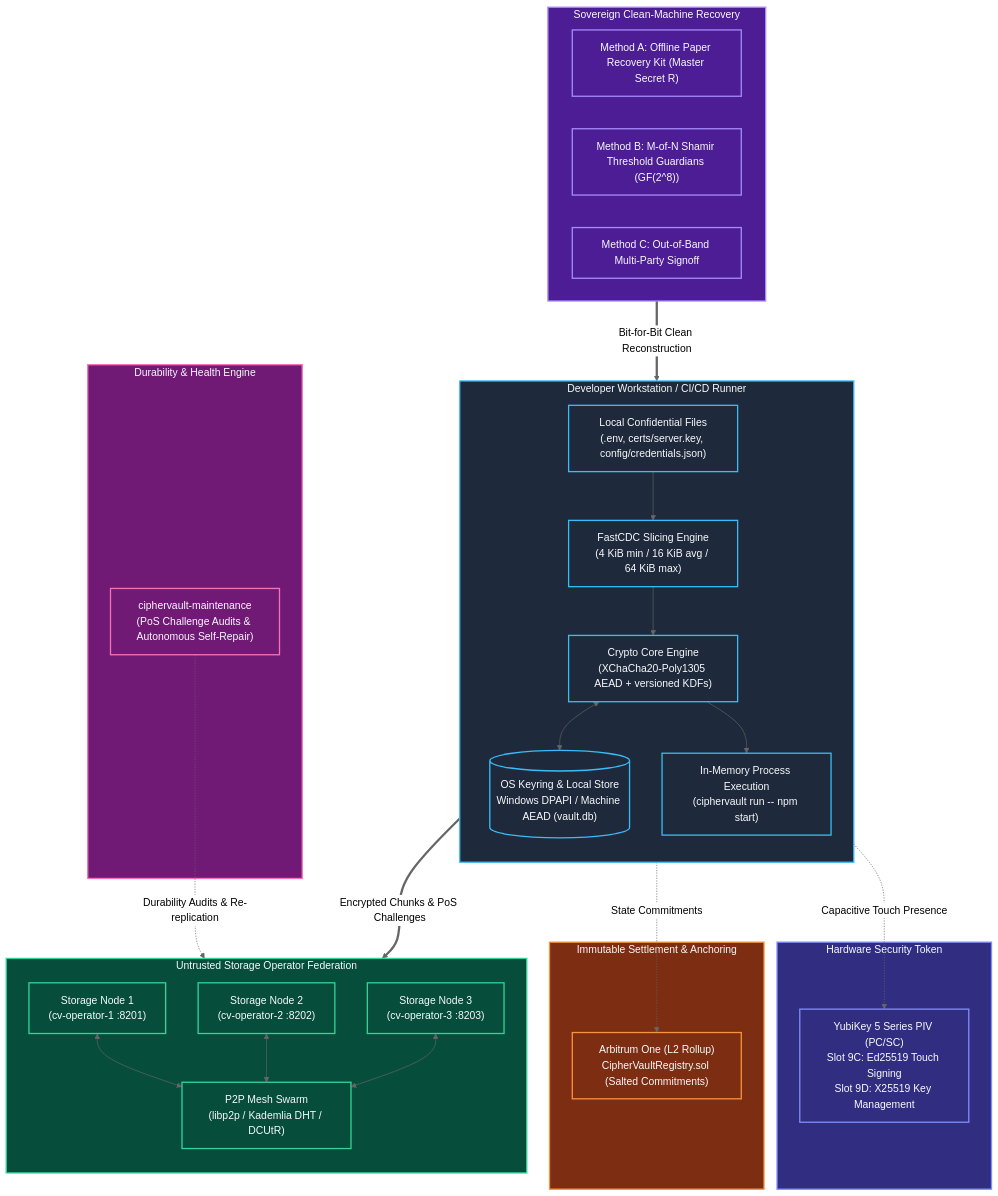
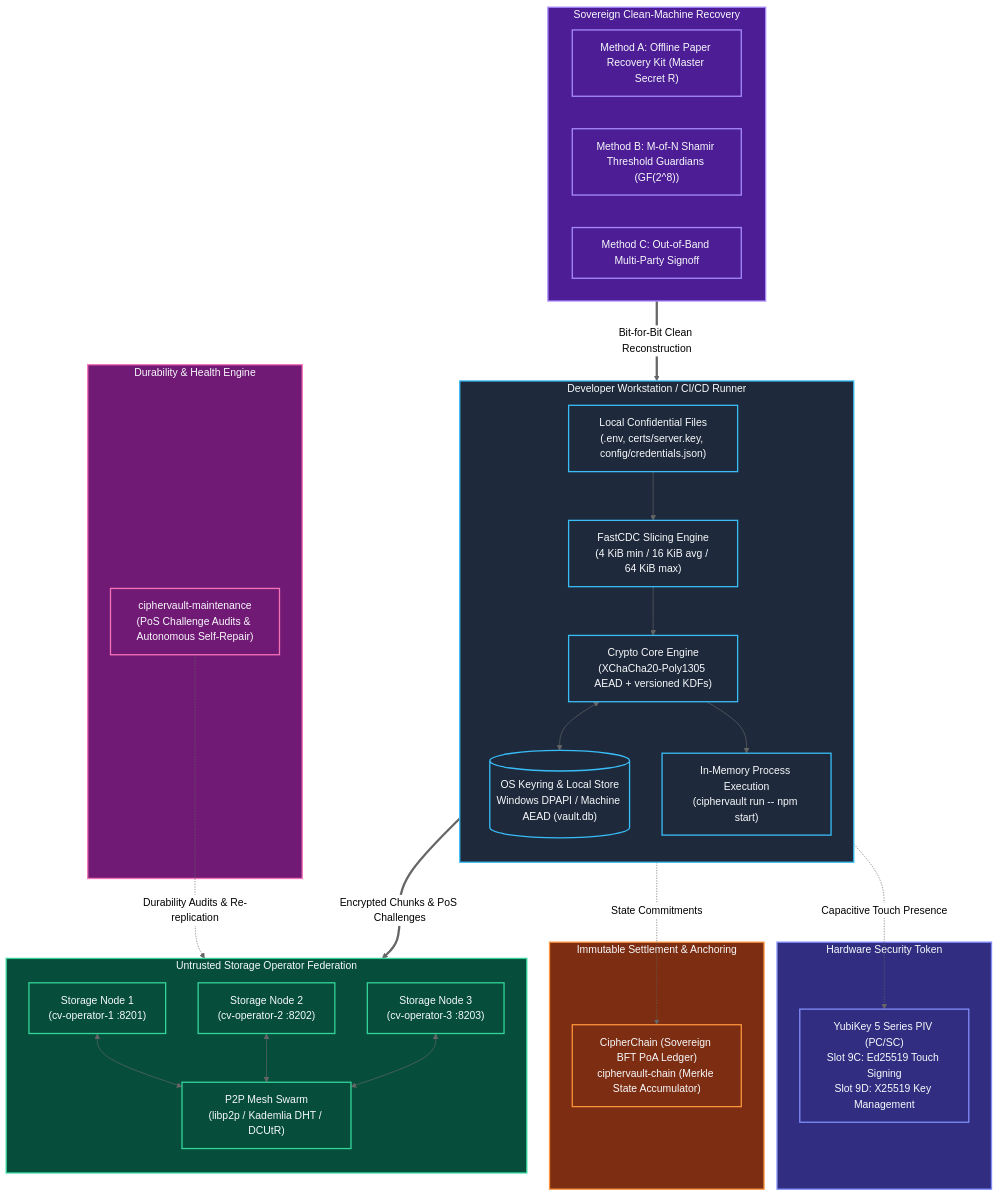
The diagram in README.md (samuel-1-avson/CipherVault), drawn with Mermaid (neutral theme) before and after one commit. The commit also changed other lines of this file and 76 other files, not shown here.

First line of the commit message:
feat: cv CLI alias, sovereign chain crate, account HA store; prepare v1.0.29

````diff
--- a/README.md
+++ b/README.md
@@ -79,65 +79,65 @@
 ```mermaid
 flowchart TB
     subgraph Workstation ["Developer Workstation / CI/CD Runner"]
         direction TB
         Files["Local Confidential Files\n(.env, certs/server.key, config/credentials.json)"]
         FastCDC["FastCDC Slicing Engine\n(4 KiB min / 16 KiB avg / 64 KiB max)"]
         Crypto["Crypto Core Engine\n(XChaCha20-Poly1305 AEAD + versioned KDFs)"]
         Keyring[("OS Keyring & Local Store\nWindows DPAPI / Machine AEAD (vault.db)")]
         ZeroDisk["In-Memory Process Execution\n(ciphervault run -- npm start)"]
         
         Files --> FastCDC --> Crypto
         Crypto <--> Keyring
         Crypto --> ZeroDisk
     end
 
     subgraph Hardware ["Hardware Security Token"]
         YubiKey["YubiKey 5 Series PIV (PC/SC)\nSlot 9C: Ed25519 Touch Signing\nSlot 9D: X25519 Key Management"]
     end
 
     subgraph Operators ["Untrusted Storage Operator Federation"]
         direction TB
         OP1["Storage Node 1\n(cv-operator-1 :8201)"]
         OP2["Storage Node 2\n(cv-operator-2 :8202)"]
         OP3["Storage Node 3\n(cv-operator-3 :8203)"]
         P2P["P2P Mesh Swarm\n(libp2p / Kademlia DHT / DCUtR)"]
         
         OP1 <--> P2P
         OP2 <--> P2P
         OP3 <--> P2P
     end
 
     subgraph Maintenance ["Durability & Health Engine"]
         MaintDaemon["ciphervault-maintenance\n(PoS Challenge Audits & Autonomous Self-Repair)"]
     end
 
     subgraph Settlement ["Immutable Settlement & Anchoring"]
-        Arbitrum["Arbitrum One (L2 Rollup)\nCipherVaultRegistry.sol (Salted Commitments)"]
+        CipherChain["CipherChain (Sovereign BFT PoA Ledger)\nciphervault-chain (Merkle State Accumulator)"]
     end
 
     subgraph Recovery ["Sovereign Clean-Machine Recovery"]
         PaperKit["Method A: Offline Paper Recovery Kit (Master Secret R)"]
         Shamir["Method B: M-of-N Shamir Threshold Guardians (GF(2^8))"]
         Approval["Method C: Out-of-Band Multi-Party Signoff"]
     end
 
     Crypto -.->|Capacitive Touch Presence| YubiKey
     Crypto ==>|Encrypted Chunks & PoS Challenges| Operators
     MaintDaemon -.->|Durability Audits & Re-replication| Operators
-    Crypto -.->|State Commitments| Arbitrum
+    Crypto -.->|State Commitments| CipherChain
     Recovery ==>|Bit-for-Bit Clean Reconstruction| Workstation
 
     classDef client fill:#1e293b,stroke:#38bdf8,stroke-width:2px,color:#f8fafc;
     classDef hsm fill:#312e81,stroke:#818cf8,stroke-width:2px,color:#f8fafc;
     classDef ops fill:#064e3b,stroke:#34d399,stroke-width:2px,color:#f8fafc;
     classDef maint fill:#701a75,stroke:#f472b6,stroke-width:2px,color:#f8fafc;
     classDef l2 fill:#7c2d12,stroke:#fb923c,stroke-width:2px,color:#f8fafc;
     classDef rec fill:#4c1d95,stroke:#a78bfa,stroke-width:2px,color:#f8fafc;
 
     class Workstation,Files,FastCDC,Crypto,Keyring,ZeroDisk client;
     class Hardware,YubiKey hsm;
     class Operators,OP1,OP2,OP3,P2P ops;
     class Maintenance,MaintDaemon maint;
-    class Settlement,Arbitrum l2;
+    class Settlement,CipherChain l2;
     class Recovery,PaperKit,Shamir,Approval rec;
 ```
````
